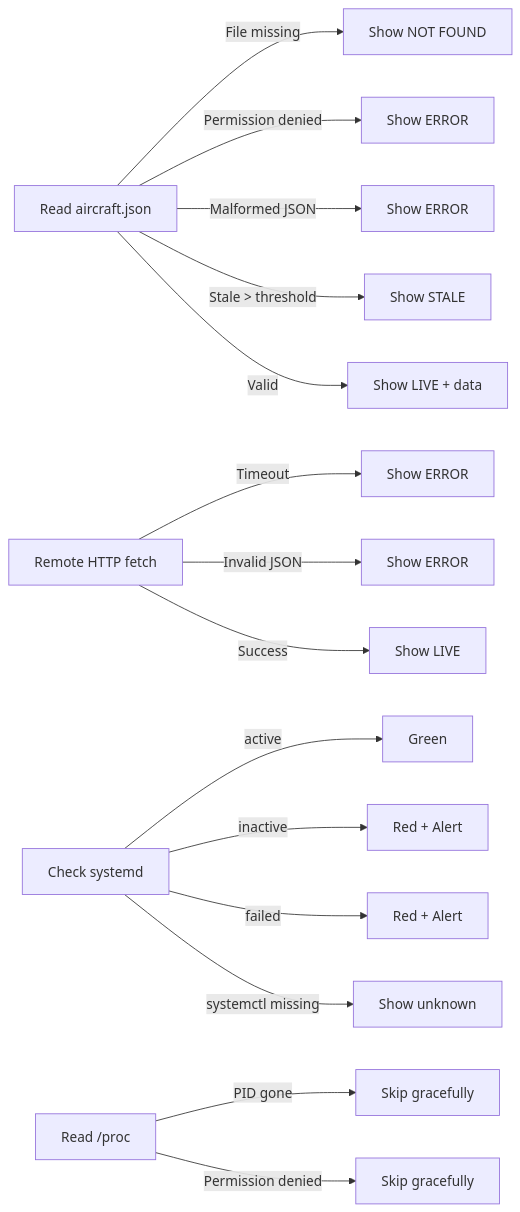
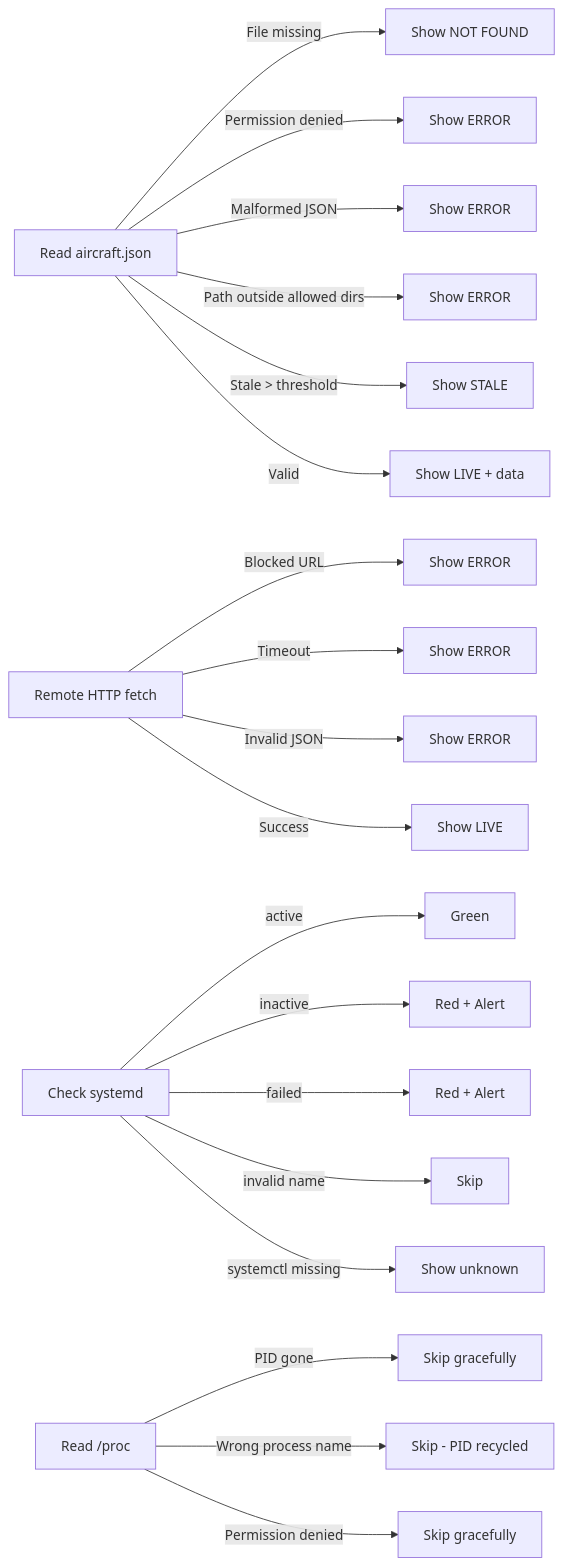
The fifth of 5 diagrams in docs/architecture.md (disappointingsupernova/readsb-feed-dashboard), drawn with Mermaid before and after one commit. The commit also changed other lines of this file and 6 other files, not shown here.

````diff
--- a/docs/architecture.md
+++ b/docs/architecture.md
@@ -179,20 +231,24 @@
 ```mermaid
 graph LR
     A[Read aircraft.json] -->|File missing| B[Show NOT FOUND]
     A -->|Permission denied| C[Show ERROR]
     A -->|Malformed JSON| D[Show ERROR]
-    A -->|Stale > threshold| E[Show STALE]
-    A -->|Valid| F[Show LIVE + data]
+    A -->|Path outside allowed dirs| E[Show ERROR]
+    A -->|Stale > threshold| F[Show STALE]
+    A -->|Valid| G[Show LIVE + data]
 
-    G[Remote HTTP fetch] -->|Timeout| H[Show ERROR]
-    G -->|Invalid JSON| I[Show ERROR]
-    G -->|Success| J[Show LIVE]
+    H[Remote HTTP fetch] -->|Blocked URL| I[Show ERROR]
+    H -->|Timeout| J[Show ERROR]
+    H -->|Invalid JSON| K[Show ERROR]
+    H -->|Success| L[Show LIVE]
 
-    K[Check systemd] -->|active| L[Green]
-    K -->|inactive| M[Red + Alert]
-    K -->|failed| N[Red + Alert]
-    K -->|systemctl missing| O[Show unknown]
+    M[Check systemd] -->|active| N[Green]
+    M -->|inactive| O[Red + Alert]
+    M -->|failed| P[Red + Alert]
+    M -->|invalid name| Q[Skip]
+    M -->|systemctl missing| R[Show unknown]
 
-    P[Read /proc] -->|PID gone| Q[Skip gracefully]
-    P -->|Permission denied| R[Skip gracefully]
+    S[Read /proc] -->|PID gone| T[Skip gracefully]
+    S -->|Wrong process name| U[Skip - PID recycled]
+    S -->|Permission denied| V[Skip gracefully]
 ```
````
